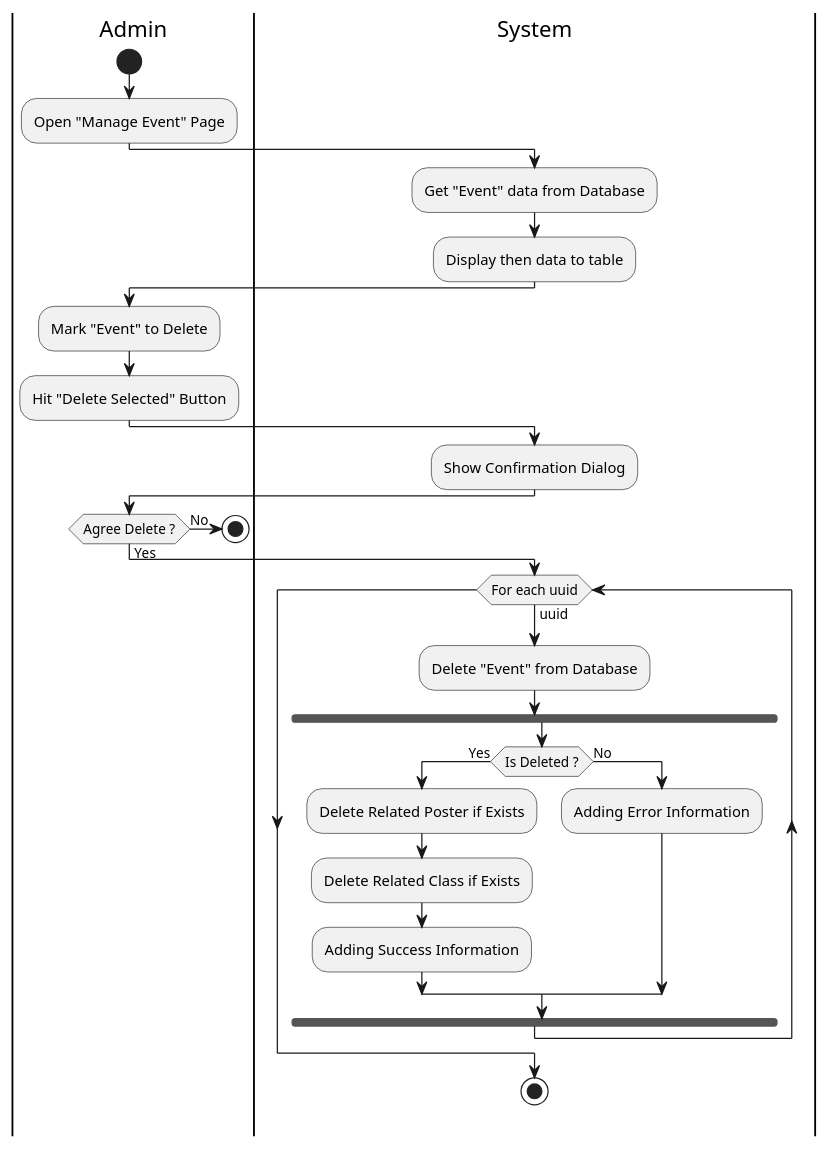
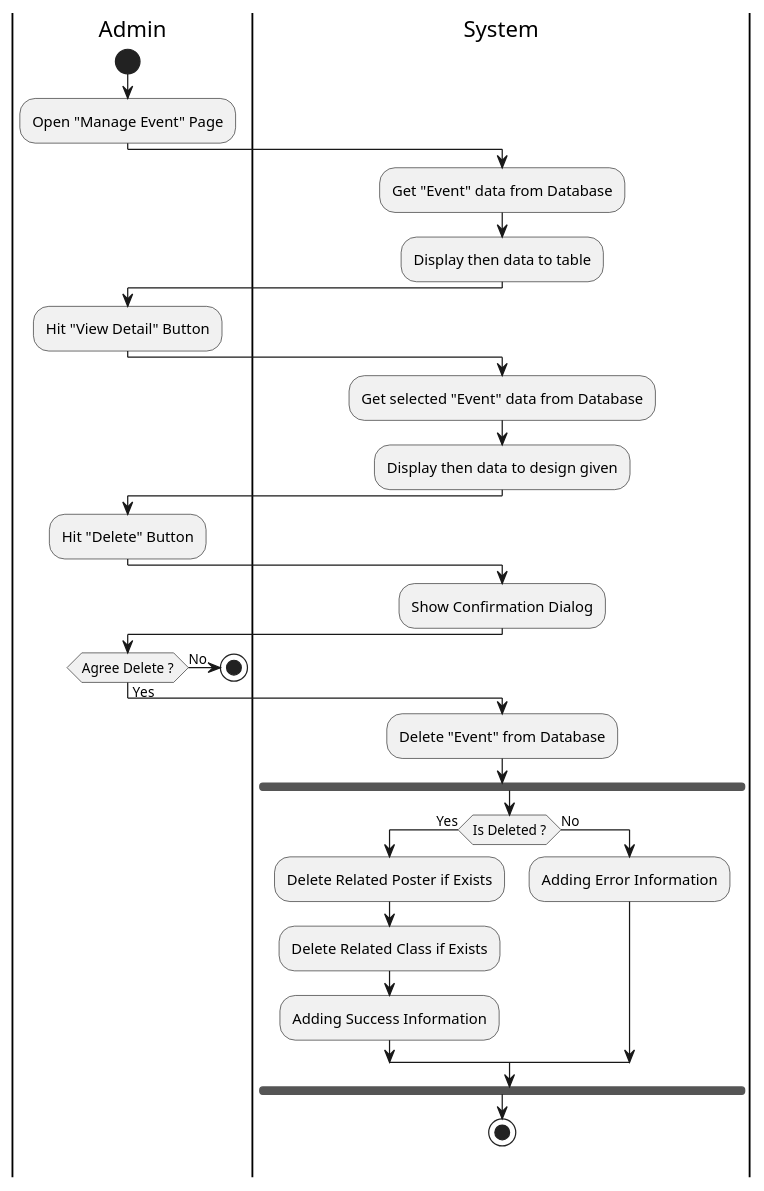
Before and after one commit to fwidjaya20/fazzlearning-uml: the diagram in Activity/Release01/DeleteEvent.wsd, drawn with PlantUML. The commit also changed 7 other files, not shown here.

Commit message:
activity: update delete class and event flow

```diff
--- a/Activity/Release01/DeleteEvent.wsd
+++ b/Activity/Release01/DeleteEvent.wsd
@@ -1,42 +1,46 @@
 @startuml DeleteEvent
 
 skinparam ConditionEndStyle hline
 skinparam Monochrome true
 skinparam Shadowing false
 
 |Admin|
 start
 :Open "Manage Event" Page;
 
 |System|
 :Get "Event" data from Database;
 :Display then data to table;
 
 |Admin|
-:Mark "Event" to Delete;
-:Hit "Delete Selected" Button;
+:Hit "View Detail" Button;
+
+|System|
+:Get selected "Event" data from Database;
+:Display then data to design given;
+
+|Admin|
+:Hit "Delete" Button;
 
 |System|
 :Show Confirmation Dialog;
 
 |Admin|
 if (Agree Delete ?) then (No)
     stop
 else (Yes)
     |System|
-    while (For each uuid) is (uuid)
-        :Delete "Event" from Database;
-        fork
-            |System|
-            if (Is Deleted ?) then (Yes)
-                :Delete Related Poster if Exists;
-                :Delete Related Class if Exists;
-                :Adding Success Information;
-            else (No)
-                :Adding Error Information;
-            endif
-        endfork
-    endwhile
+    :Delete "Event" from Database;
+    fork
+        |System|
+        if (Is Deleted ?) then (Yes)
+            :Delete Related Poster if Exists;
+            :Delete Related Class if Exists;
+            :Adding Success Information;
+        else (No)
+            :Adding Error Information;
+        endif
+    endfork
     stop
 endif
 @enduml
```
